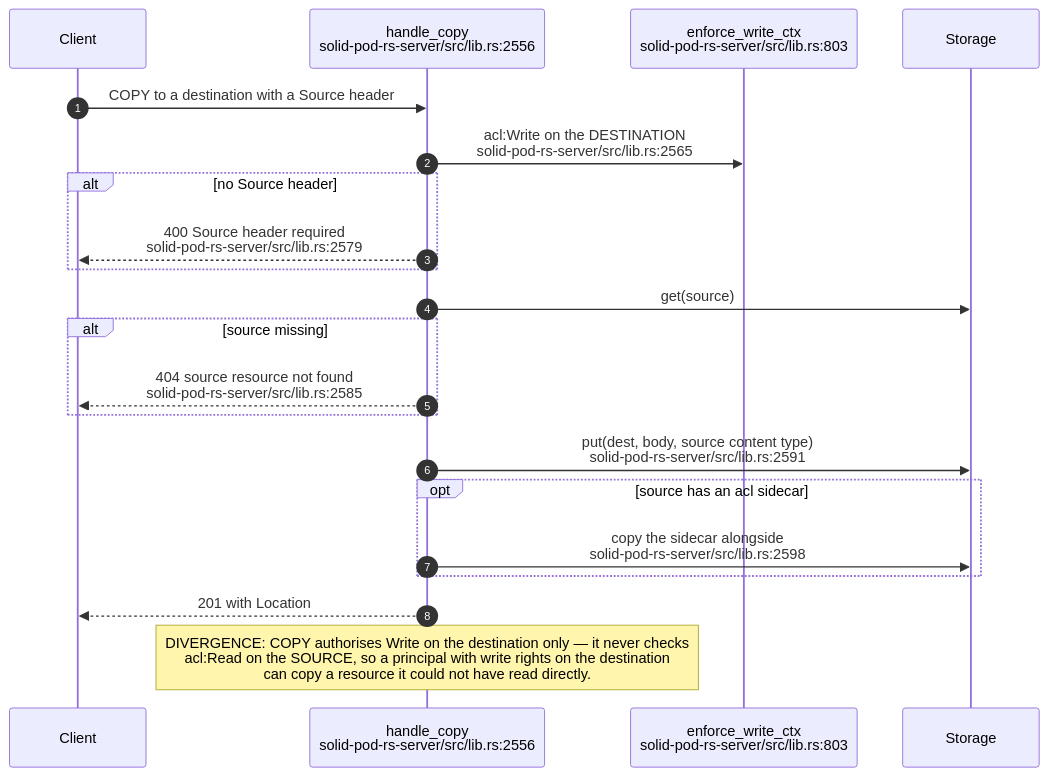
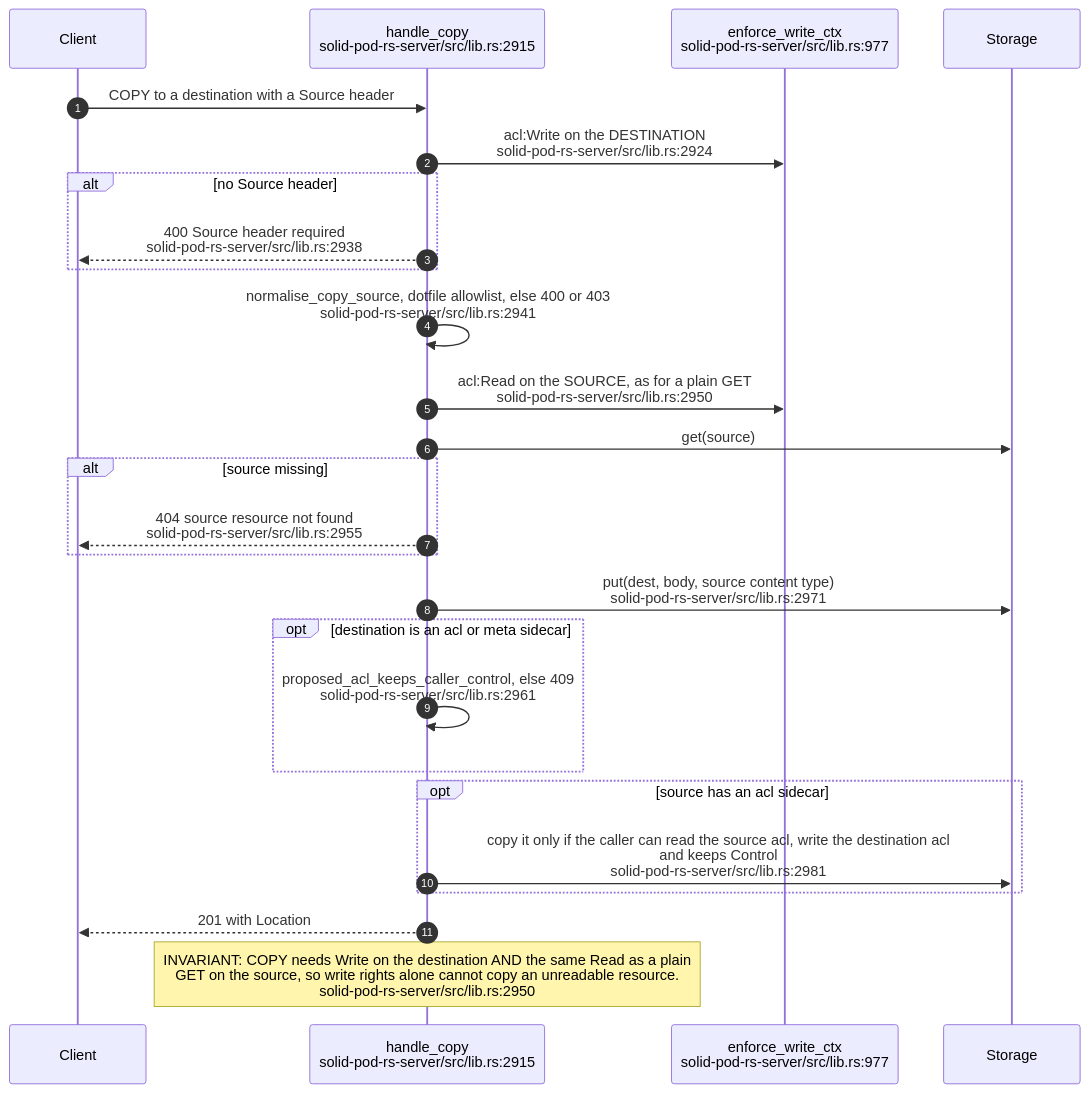
Before and after one commit to DreamLab-AI/VisionFlow: the seventh of 11 diagrams in docs/diagrams/solid-pod-rs/03-ldp-request-lifecycle.md, drawn with Mermaid. The commit also changed other lines of this file and 160 other files, not shown here.

````diff
--- a/docs/diagrams/solid-pod-rs/03-ldp-request-lifecycle.md
+++ b/docs/diagrams/solid-pod-rs/03-ldp-request-lifecycle.md
@@ -215,24 +220,29 @@
 ```mermaid
 sequenceDiagram
     autonumber
     participant C as Client
-    participant H as handle_copy<br/>solid-pod-rs-server/src/lib.rs:2556
-    participant W as enforce_write_ctx<br/>solid-pod-rs-server/src/lib.rs:803
+    participant H as handle_copy<br/>solid-pod-rs-server/src/lib.rs:2915
+    participant W as enforce_write_ctx<br/>solid-pod-rs-server/src/lib.rs:977
     participant S as Storage
 
     C->>H: COPY to a destination with a Source header
-    H->>W: acl:Write on the DESTINATION<br/>solid-pod-rs-server/src/lib.rs:2565
+    H->>W: acl:Write on the DESTINATION<br/>solid-pod-rs-server/src/lib.rs:2924
     alt no Source header
-        H-->>C: 400 Source header required<br/>solid-pod-rs-server/src/lib.rs:2579
+        H-->>C: 400 Source header required<br/>solid-pod-rs-server/src/lib.rs:2938
     end
+    H->>H: normalise_copy_source, dotfile allowlist, else 400 or 403<br/>solid-pod-rs-server/src/lib.rs:2941
+    H->>W: acl:Read on the SOURCE, as for a plain GET<br/>solid-pod-rs-server/src/lib.rs:2950
     H->>S: get(source)
     alt source missing
-        H-->>C: 404 source resource not found<br/>solid-pod-rs-server/src/lib.rs:2585
+        H-->>C: 404 source resource not found<br/>solid-pod-rs-server/src/lib.rs:2955
     end
-    H->>S: put(dest, body, source content type)<br/>solid-pod-rs-server/src/lib.rs:2591
+    H->>S: put(dest, body, source content type)<br/>solid-pod-rs-server/src/lib.rs:2971
+    opt destination is an acl or meta sidecar
+        H->>H: proposed_acl_keeps_caller_control, else 409<br/>solid-pod-rs-server/src/lib.rs:2961
+    end
     opt source has an acl sidecar
-        H->>S: copy the sidecar alongside<br/>solid-pod-rs-server/src/lib.rs:2598
+        H->>S: copy it only if the caller can read the source acl, write the destination acl<br/>and keeps Control<br/>solid-pod-rs-server/src/lib.rs:2981
     end
     H-->>C: 201 with Location
-    Note over H: DIVERGENCE: COPY authorises Write on the destination only — it never checks<br/>acl:Read on the SOURCE, so a principal with write rights on the destination<br/>can copy a resource it could not have read directly.
+    Note over H: INVARIANT: COPY needs Write on the destination AND the same Read as a plain<br/>GET on the source, so write rights alone cannot copy an unreadable resource.<br/>solid-pod-rs-server/src/lib.rs:2950
 ```
````
